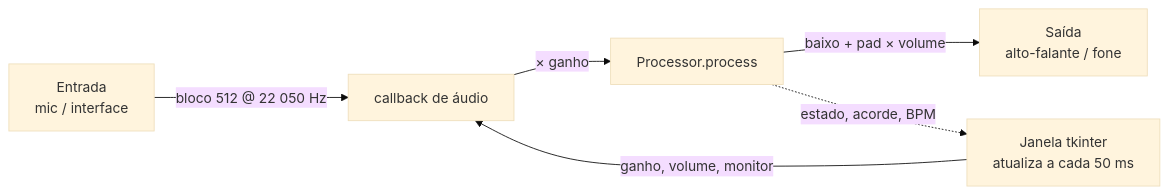
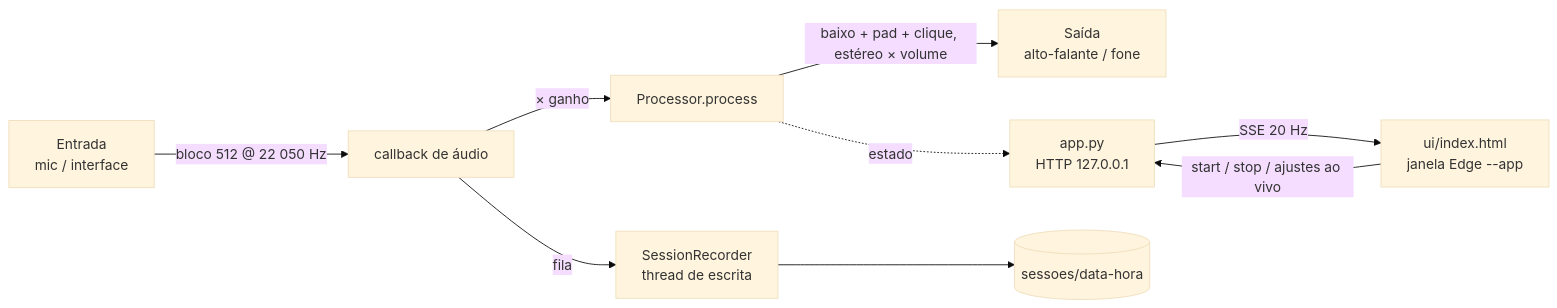
Before and after one commit to MatheusPalmieri/kordia: the third of 3 diagrams in docs/02-arquitetura.md, drawn with Mermaid (base theme). The commit also changed other lines of this file and 28 other files, not shown here.

First line of the commit message:
v2 após o primeiro teste ao vivo: app com interface moderna, som worship mais alto, padrão mais estável, clique, logs de sessão

````diff
--- a/docs/02-arquitetura.md
+++ b/docs/02-arquitetura.md
@@ -98,8 +100,11 @@
 ```mermaid
 flowchart LR
     MIC[Entrada<br/>mic / interface] -->|bloco 512 @ 22 050 Hz| CB[callback de áudio]
     CB -->|× ganho| PR[Processor.process]
-    PR -->|baixo + pad × volume| OUT[Saída<br/>alto-falante / fone]
-    PR -. estado, acorde, BPM .-> UI[Janela tkinter<br/>atualiza a cada 50 ms]
-    UI -->|ganho, volume, monitor| CB
+    PR -->|baixo + pad + clique, estéreo × volume| OUT[Saída<br/>alto-falante / fone]
+    CB -->|fila| REC[SessionRecorder<br/>thread de escrita]
+    REC --> DISK[(sessoes/data-hora)]
+    PR -. estado .-> API[app.py<br/>HTTP 127.0.0.1]
+    API -->|SSE 20 Hz| UI[ui/index.html<br/>janela Edge --app]
+    UI -->|start / stop / ajustes ao vivo| API
 ```
````
